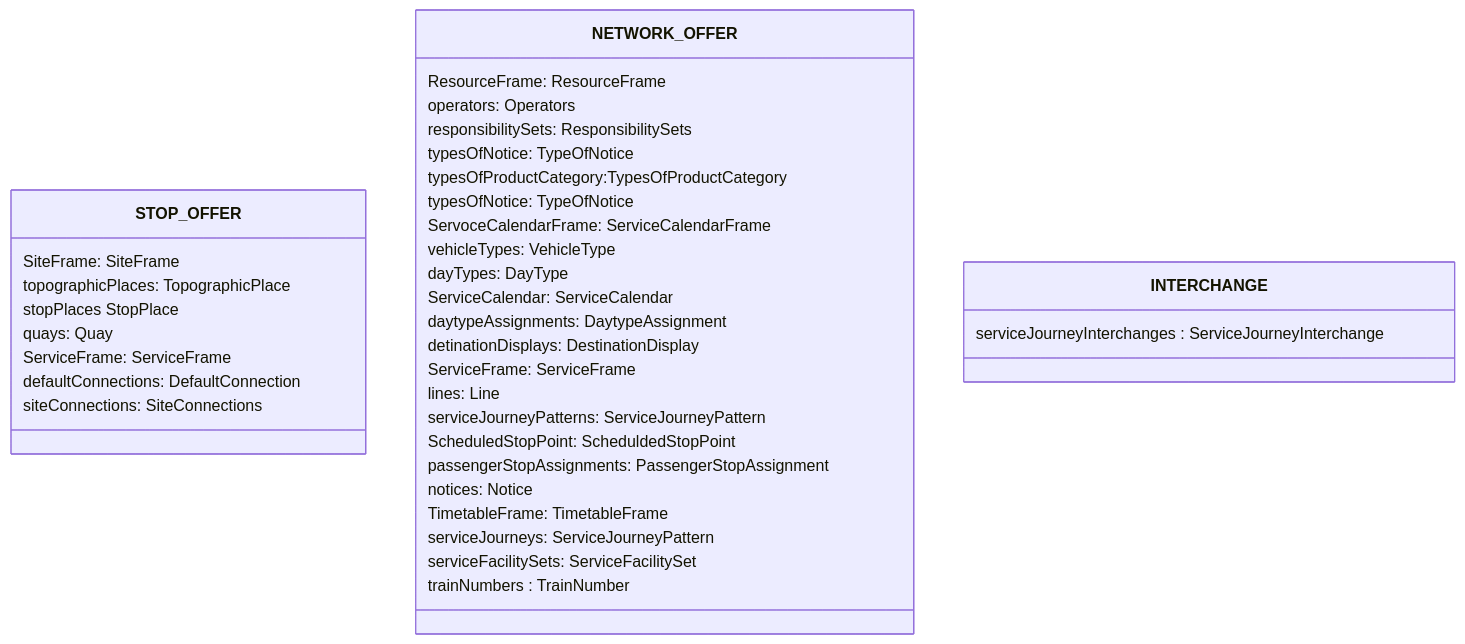
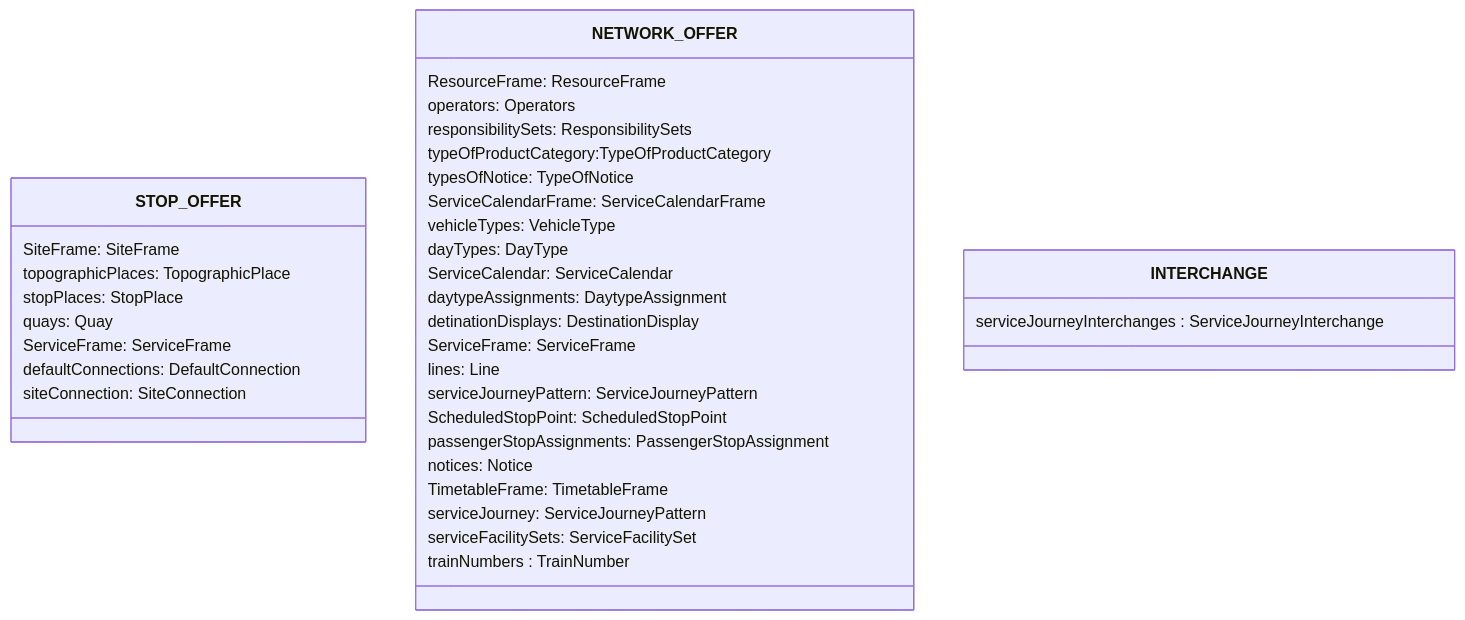
Before and after one commit to openTdataCH/netexRealisationGuideSwitzerland: the diagram in src/04_files.md, drawn with Mermaid. The commit also changed other lines of this file, not shown here.

````diff
--- a/src/04_files.md
+++ b/src/04_files.md
@@ -20,40 +20,39 @@
 ```mermaid
 classDiagram
 class STOP_OFFER{
     SiteFrame: SiteFrame
     topographicPlaces: TopographicPlace
-    stopPlaces StopPlace
+    stopPlaces: StopPlace
     quays: Quay
     ServiceFrame: ServiceFrame
     defaultConnections: DefaultConnection
-    siteConnections: SiteConnections
+    siteConnection: SiteConnection
 } 
 
 class NETWORK_OFFER{
     ResourceFrame: ResourceFrame
     operators: Operators
     responsibilitySets: ResponsibilitySets
+    typeOfProductCategory:TypeOfProductCategory
     typesOfNotice: TypeOfNotice
-    typesOfProductCategory:TypesOfProductCategory
-    typesOfNotice: TypeOfNotice
-    ServoceCalendarFrame: ServiceCalendarFrame
+    ServiceCalendarFrame: ServiceCalendarFrame
     vehicleTypes: VehicleType
     dayTypes: DayType 
     ServiceCalendar: ServiceCalendar
     daytypeAssignments: DaytypeAssignment
     detinationDisplays: DestinationDisplay
     ServiceFrame: ServiceFrame
     lines: Line
-    serviceJourneyPatterns: ServiceJourneyPattern
-    ScheduledStopPoint: ScheduldedStopPoint
+    serviceJourneyPattern: ServiceJourneyPattern
+    ScheduledStopPoint: ScheduledStopPoint
     passengerStopAssignments: PassengerStopAssignment
     notices: Notice
     TimetableFrame: TimetableFrame
-    serviceJourneys: ServiceJourneyPattern
+    serviceJourney: ServiceJourneyPattern
     serviceFacilitySets: ServiceFacilitySet
     trainNumbers : TrainNumber
 }
 class INTERCHANGE {
     serviceJourneyInterchanges : ServiceJourneyInterchange
 }
 ```
````
